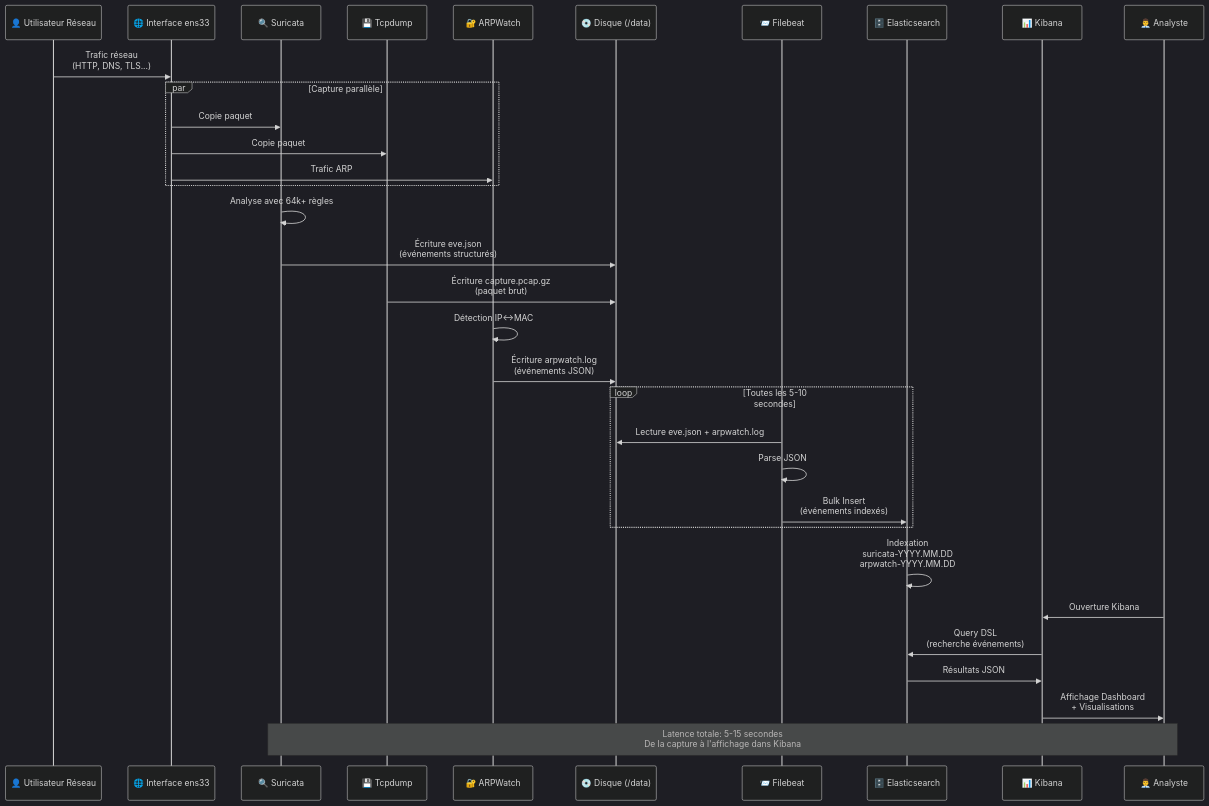
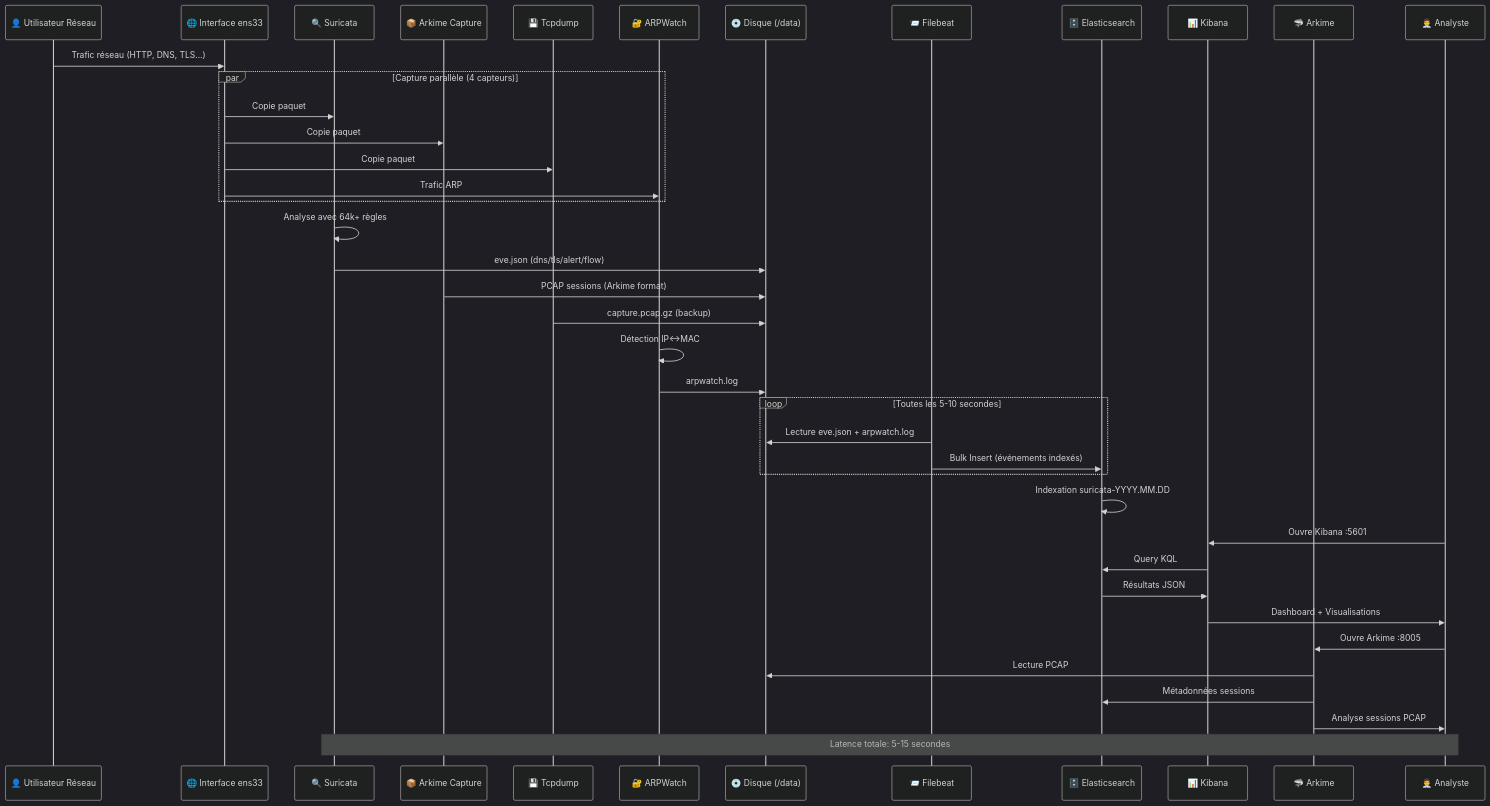
One commit to salifbiaye/surveillance-reseau-automatique changed the third of 3 diagrams in surveillance-reseau/docs/architecture-publique.md. Above: the diagram before and after it, drawn with Mermaid (dark theme). The commit also changed other lines of this file and 12 other files, not shown here.

````diff
--- a/surveillance-reseau/docs/architecture-publique.md
+++ b/surveillance-reseau/docs/architecture-publique.md
@@ -286,44 +316,53 @@
 ```mermaid
 sequenceDiagram
     participant User as 👤 Utilisateur Réseau
     participant Net as 🌐 Interface ens33
     participant Suri as 🔍 Suricata
+    participant ArkC as 📦 Arkime Capture
     participant TCP as 💾 Tcpdump
     participant ARP as 🔐 ARPWatch
     participant Disk as 💿 Disque (/data)
     participant FB as 📨 Filebeat
     participant ES as 🗄️ Elasticsearch
     participant Kib as 📊 Kibana
+    participant Ark as 🦈 Arkime
     participant Analyst as 👨‍💼 Analyste
 
-    User->>Net: Trafic réseau<br/>(HTTP, DNS, TLS...)
+    User->>Net: Trafic réseau (HTTP, DNS, TLS...)
 
-    par Capture parallèle
+    par Capture parallèle (4 capteurs)
         Net->>Suri: Copie paquet
+        Net->>ArkC: Copie paquet
         Net->>TCP: Copie paquet
         Net->>ARP: Trafic ARP
     end
 
     Suri->>Suri: Analyse avec 64k+ règles
-    Suri->>Disk: Écriture eve.json<br/>(événements structurés)
+    Suri->>Disk: eve.json (dns/tls/alert/flow)
 
-    TCP->>Disk: Écriture capture.pcap.gz<br/>(paquet brut)
+    ArkC->>Disk: PCAP sessions (Arkime format)
+
+    TCP->>Disk: capture.pcap.gz (backup)
 
     ARP->>ARP: Détection IP↔MAC
-    ARP->>Disk: Écriture arpwatch.log<br/>(événements JSON)
+    ARP->>Disk: arpwatch.log
 
     loop Toutes les 5-10 secondes
         FB->>Disk: Lecture eve.json + arpwatch.log
-        FB->>FB: Parse JSON
-        FB->>ES: Bulk Insert<br/>(événements indexés)
+        FB->>ES: Bulk Insert (événements indexés)
     end
 
-    ES->>ES: Indexation<br/>suricata-YYYY.MM.DD<br/>arpwatch-YYYY.MM.DD
+    ES->>ES: Indexation suricata-YYYY.MM.DD
 
-    Analyst->>Kib: Ouverture Kibana
-    Kib->>ES: Query DSL<br/>(recherche événements)
+    Analyst->>Kib: Ouvre Kibana :5601
+    Kib->>ES: Query KQL
     ES->>Kib: Résultats JSON
-    Kib->>Analyst: Affichage Dashboard<br/>+ Visualisations
+    Kib->>Analyst: Dashboard + Visualisations
 
-    Note over Suri,Analyst: Latence totale: 5-15 secondes<br/>De la capture à l'affichage dans Kibana
+    Analyst->>Ark: Ouvre Arkime :8005
+    Ark->>Disk: Lecture PCAP
+    Ark->>ES: Métadonnées sessions
+    Ark->>Analyst: Analyse sessions PCAP
+
+    Note over Suri,Analyst: Latence totale: 5-15 secondes
 ```
````
